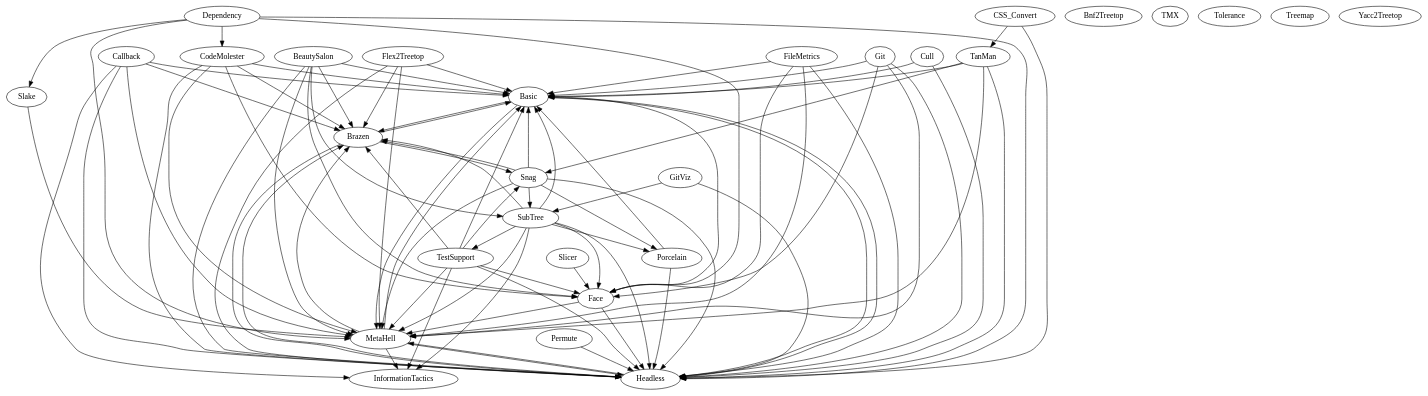
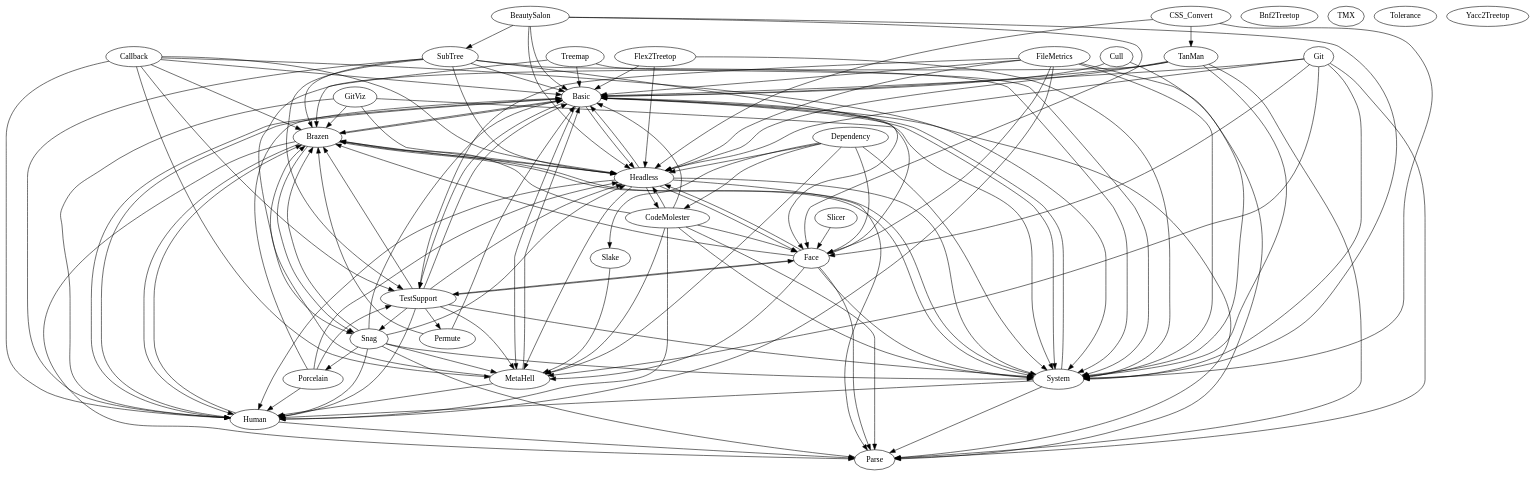
The diagram in lib/skylab/slicer/doc/sidesystem-dependencies/01-use-this-one.dot (hipe/tmx), drawn with Graphviz before and after one commit. The commit also changed 33 other files, not shown here.

```diff
--- a/lib/skylab/slicer/doc/sidesystem-dependencies/01-use-this-one.dot
+++ b/lib/skylab/slicer/doc/sidesystem-dependencies/01-use-this-one.dot
@@ -1,141 +1,161 @@
-# created by tan-man on 2013-02-07 02:15:19 UTC
-
-/* this file was (re) created with:
-
-  ./slicer/script/sidesystem-dependencies | tan-man graph sync --input-path - ./slicer/doc/sidesystem-dependencies/01-use-this-one.dot
-
-*/
-
-
 digraph {
-
-/*
-  example stmt_list:
-    foo -> bar
-    biff -> baz
-
-  example node_stmt:
-    learn_c [label="learn C somehow"]
-*/
-
-
-#                 blue : fillcolor="#b5d5fb"
-#                green : fillcolor="#79f233"
-
-# node [label="\N", style="filled", fillcolor="#b5d5fb", fontname="Futura", penwidth="1.1566", shape="Mrecord"]
-
-ba [label=Basic]
-bs [label=BeautySalon]
-b2 [label=Bnf2Treetop]
-br [label=Brazen]
-cs [label=CSS_Convert]
-ca [label=Callback]
-cm [label=CodeMolester]
-cu [label=Cull]
-de [label=Dependency]
-fa [label=Face]
-fm [label=FileMetrics]
-f2 [label=Flex2Treetop]
-gi [label=Git]
-gv [label=GitViz]
-he [label=Headless]
-it [label=InformationTactics]
-mh [label=MetaHell]
-pe [label=Permute]
-po [label=Porcelain]
-sla [label=Slake]
-sli [label=Slicer]
-sn [label=Snag]
-st [label=SubTree]
-tmx [label=TMX]
-tan [label=TanMan]
-ts [label=TestSupport]
-to [label=Tolerance]
-tr [label=Treemap]
-y2 [label=Yacc2Treetop]
-ba -> br
-ba -> he
-ba -> mh
-br -> ba
-br -> he
-br -> sn
-bs -> ba
-bs -> br
-bs -> fa
-bs -> he
-bs -> mh
-bs -> st
-ca -> ba
-ca -> br
-ca -> he
-ca -> it
-ca -> mh
-cm -> ba
-cm -> br
-cm -> fa
-cm -> he
-cm -> mh
-cs -> he
-cs -> tan
-cu -> ba
-cu -> he
-de -> cm
-de -> fa
-de -> he
-de -> mh
-de -> sla
-f2 -> ba
-f2 -> br
-f2 -> he
-f2 -> mh
-fa -> ba
-fa -> he
-fa -> mh
-fm -> ba
-fm -> fa
-fm -> he
-fm -> mh
-gi -> ba
-gi -> fa
-gi -> he
-gi -> mh
-gv -> he
-gv -> st
-he -> ba
-he -> br
-he -> mh
-mh -> ba
-mh -> br
-mh -> he
-mh -> it
-pe -> he
-po -> ba
-po -> he
-sla -> mh
-sli -> fa
-sn -> ba
-sn -> br
-sn -> he
-sn -> mh
-sn -> po
-sn -> st
-st -> ba
-st -> br
-st -> fa
-st -> he
-st -> it
-st -> mh
-st -> po
-st -> ts
-tan -> ba
-tan -> he
-tan -> mh
-tan -> sn
-ts -> ba
-ts -> br
-ts -> fa
-ts -> he
-ts -> it
-ts -> mh
-ts -> sn
+  ba [ label="Basic" ]
+  bs [ label="BeautySalon" ]
+  b2 [ label="Bnf2Treetop" ]
+  br [ label="Brazen" ]
+  ca [ label="Callback" ]
+  cm [ label="CodeMolester" ]
+  cs [ label="CSS_Convert" ]
+  cu [ label="Cull" ]
+  de [ label="Dependency" ]
+  fa [ label="Face" ]
+  fm [ label="FileMetrics" ]
+  f2 [ label="Flex2Treetop" ]
+  gi [ label="Git" ]
+  gv [ label="GitViz" ]
+  he [ label="Headless" ]
+  hu [ label="Human" ]
+  mh [ label="MetaHell" ]
+  pa [ label="Parse" ]
+  pe [ label="Permute" ]
+  po [ label="Porcelain" ]
+  sla [ label="Slake" ]
+  sli [ label="Slicer" ]
+  sn [ label="Snag" ]
+  st [ label="SubTree" ]
+  sy [ label="System" ]
+  tan [ label="TanMan" ]
+  tmx [ label="TMX" ]
+  ts [ label="TestSupport" ]
+  to [ label="Tolerance" ]
+  tr [ label="Treemap" ]
+  y2 [ label="Yacc2Treetop" ]
+  ba -> br
+  ba -> he
+  ba -> hu
+  ba -> mh
+  ba -> pa
+  ba -> sy
+  ba -> ts
+  bs -> ba
+  bs -> fa
+  bs -> he
+  bs -> st
+  bs -> sy
+  br -> ba
+  br -> he
+  br -> hu
+  br -> pa
+  br -> sn
+  br -> sy
+  ca -> ba
+  ca -> br
+  ca -> he
+  ca -> hu
+  ca -> mh
+  ca -> sy
+  ca -> ts
+  cm -> ba
+  cm -> br
+  cm -> fa
+  cm -> he
+  cm -> hu
+  cm -> mh
+  cm -> pa
+  cm -> sy
+  cs -> he
+  cs -> sy
+  cs -> tan
+  cu -> ba
+  cu -> sy
+  de -> cm
+  de -> fa
+  de -> he
+  de -> mh
+  de -> sla
+  de -> sy
+  fa -> br
+  fa -> ba
+  fa -> he
+  fa -> mh
+  fa -> pa
+  fa -> sy
+  fa -> ts
+  fm -> ba
+  fm -> fa
+  fm -> he
+  fm -> hu
+  fm -> pa
+  fm -> sy
+  fm -> ts
+  f2 -> ba
+  f2 -> he
+  f2 -> sy
+  gi -> ba
+  gi -> fa
+  gi -> he
+  gi -> mh
+  gi -> pa
+  gi -> sy
+  gv -> br
+  gv -> he
+  gv -> hu
+  gv -> sy
+  he -> ba
+  he -> cm
+  he -> fa
+  he -> hu
+  he -> mh
+  he -> pa
+  he -> sy
+  hu -> ba
+  hu -> br
+  hu -> pa
+  mh -> ba
+  mh -> br
+  mh -> hu
+  pe -> ba
+  pe -> br
+  po -> ba
+  po -> he
+  po -> hu
+  po -> ts
+  sla -> mh
+  sli -> fa
+  sn -> ba
+  sn -> br
+  sn -> he
+  sn -> hu
+  sn -> mh
+  sn -> pa
+  sn -> po
+  sn -> sy
+  st -> ba
+  st -> br
+  st -> fa
+  st -> hu
+  st -> he
+  st -> sy
+  st -> ts
+  sy -> ba
+  sy -> br
+  sy -> hu
+  sy -> pa
+  tan -> ba
+  tan -> he
+  tan -> pa
+  tan -> sn
+  tan -> sy
+  ts -> ba
+  ts -> br
+  ts -> pe
+  ts -> fa
+  ts -> he
+  ts -> hu
+  ts -> mh
+  ts -> sn
+  ts -> sy
+  tr -> ba
+  tr -> br
+  tr -> sy
 }
```
